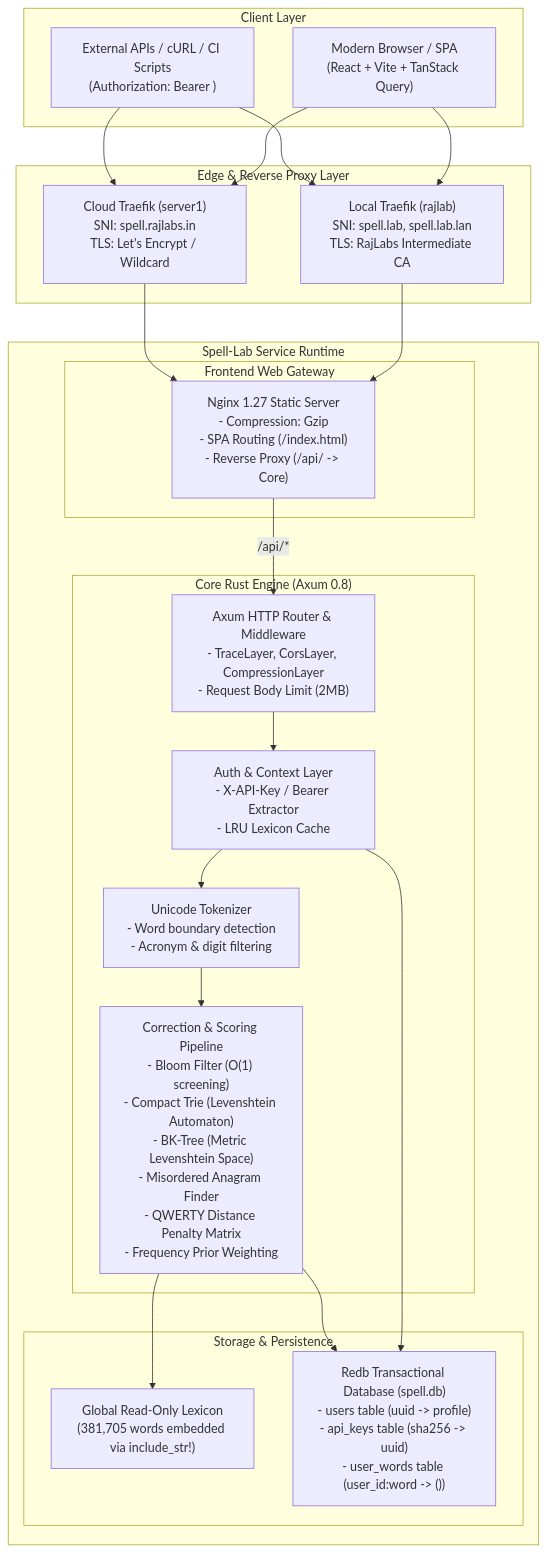
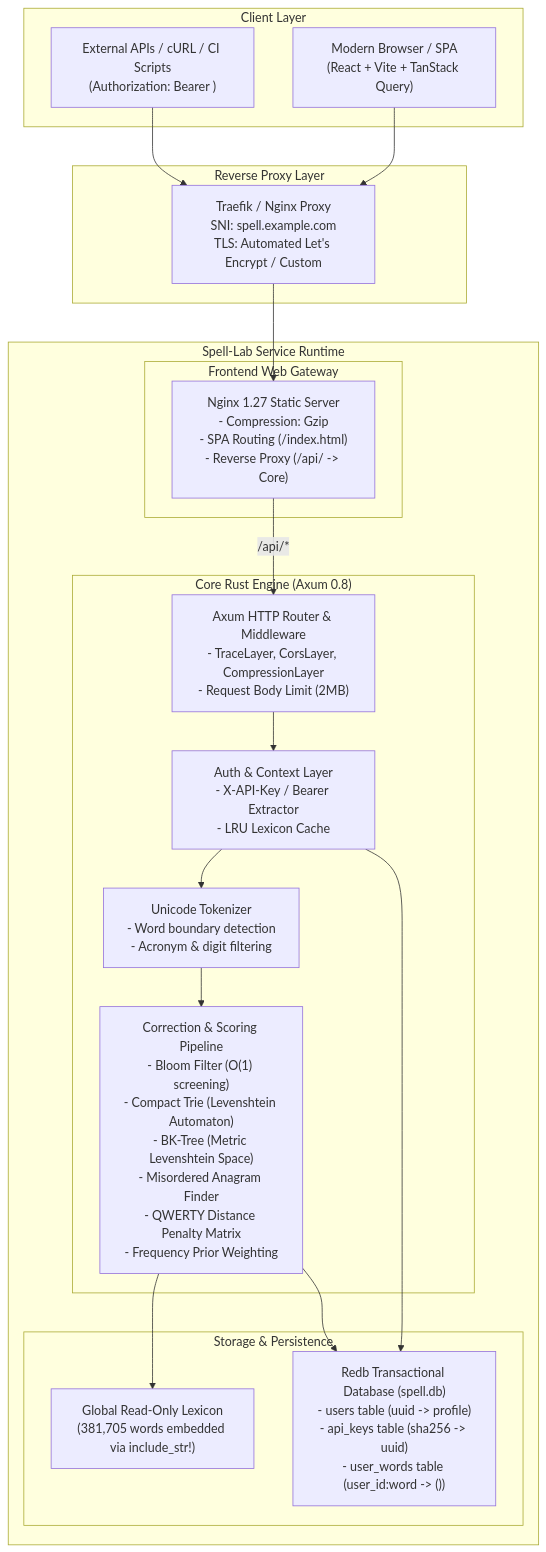
Before and after one commit to authoritydmc/spell-lab: the first of 4 diagrams in docs/ARCHITECTURE.md, drawn with Mermaid. The commit also changed other lines of this file and 6 other files, not shown here.

````diff
--- a/docs/ARCHITECTURE.md
+++ b/docs/ARCHITECTURE.md
@@ -9,45 +9,41 @@
 ```mermaid
 flowchart TD
     subgraph Clients["Client Layer"]
         Browser["Modern Browser / SPA\n(React + Vite + TanStack Query)"]
         CLI["External APIs / cURL / CI Scripts\n(Authorization: Bearer <key>)"]
     end
 
-    subgraph Edge["Edge & Reverse Proxy Layer"]
-        TraefikLocal["Local Traefik (rajlab)\nSNI: spell.lab, spell.lab.lan\nTLS: RajLabs Intermediate CA"]
-        TraefikCloud["Cloud Traefik (server1)\nSNI: spell.rajlabs.in\nTLS: Let's Encrypt / Wildcard"]
+    subgraph Edge["Reverse Proxy Layer"]
+        TraefikEdge["Traefik / Nginx Proxy\nSNI: spell.example.com\nTLS: Automated Let's Encrypt / Custom"]
     end
 
     subgraph Service["Spell-Lab Service Runtime"]
         subgraph FrontProxy["Frontend Web Gateway"]
             Nginx["Nginx 1.27 Static Server\n- Compression: Gzip\n- SPA Routing (/index.html)\n- Reverse Proxy (/api/ -> Core)"]
         end
 
         subgraph Core["Core Rust Engine (Axum 0.8)"]
             Router["Axum HTTP Router & Middleware\n- TraceLayer, CorsLayer, CompressionLayer\n- Request Body Limit (2MB)"]
             Auth["Auth & Context Layer\n- X-API-Key / Bearer Extractor\n- LRU Lexicon Cache"]
             Tokenizer["Unicode Tokenizer\n- Word boundary detection\n- Acronym & digit filtering"]
             Pipeline["Correction & Scoring Pipeline\n- Bloom Filter (O(1) screening)\n- Compact Trie (Levenshtein Automaton)\n- BK-Tree (Metric Levenshtein Space)\n- Misordered Anagram Finder\n- QWERTY Distance Penalty Matrix\n- Frequency Prior Weighting"]
         end
 
         subgraph Storage["Storage & Persistence"]
             Corpus["Global Read-Only Lexicon\n(381,705 words embedded via include_str!)"]
             Redb["Redb Transactional Database (spell.db)\n- users table (uuid -> profile)\n- api_keys table (sha256 -> uuid)\n- user_words table (user_id:word -> ())"]
         end
     end
 
-    Browser --> TraefikLocal
-    Browser --> TraefikCloud
-    CLI --> TraefikLocal
-    CLI --> TraefikCloud
+    Browser --> TraefikEdge
+    CLI --> TraefikEdge
 
-    TraefikLocal --> Nginx
-    TraefikCloud --> Nginx
+    TraefikEdge --> Nginx
     Nginx -->|/api/*| Router
     Router --> Auth
     Auth --> Redb
     Auth --> Tokenizer
     Tokenizer --> Pipeline
     Pipeline --> Corpus
     Pipeline --> Redb
 ```
````
